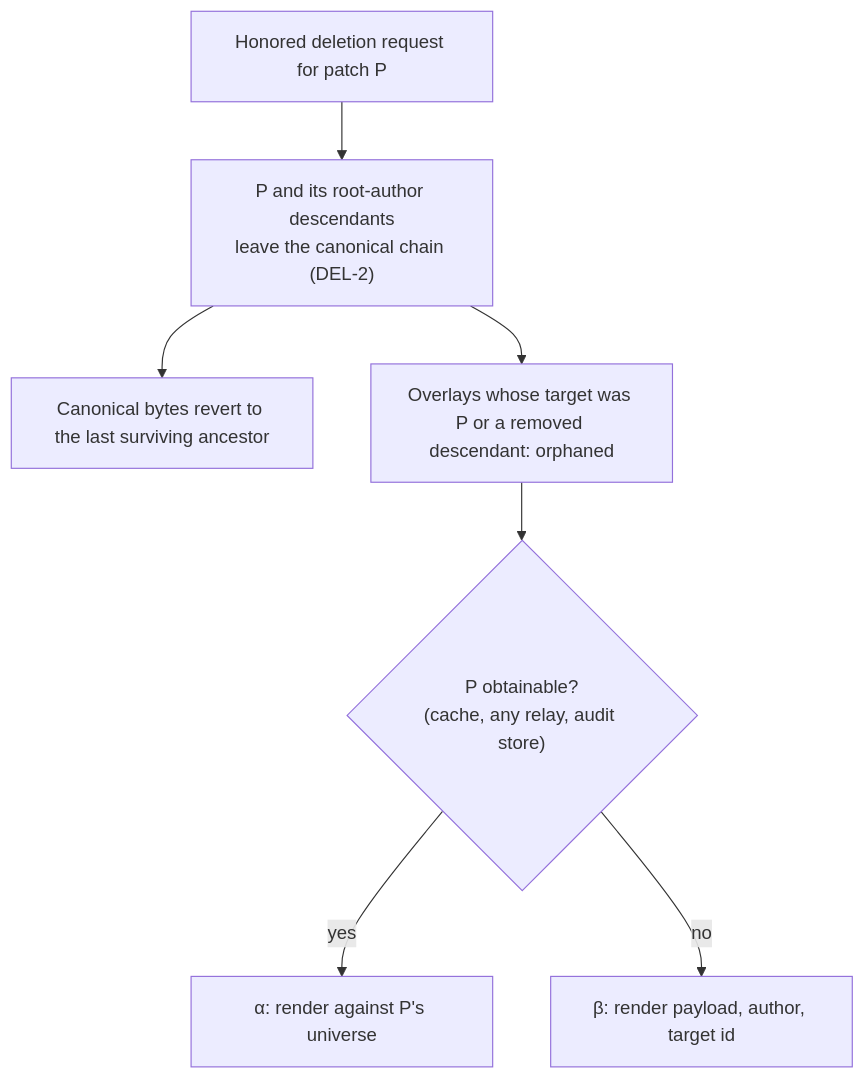
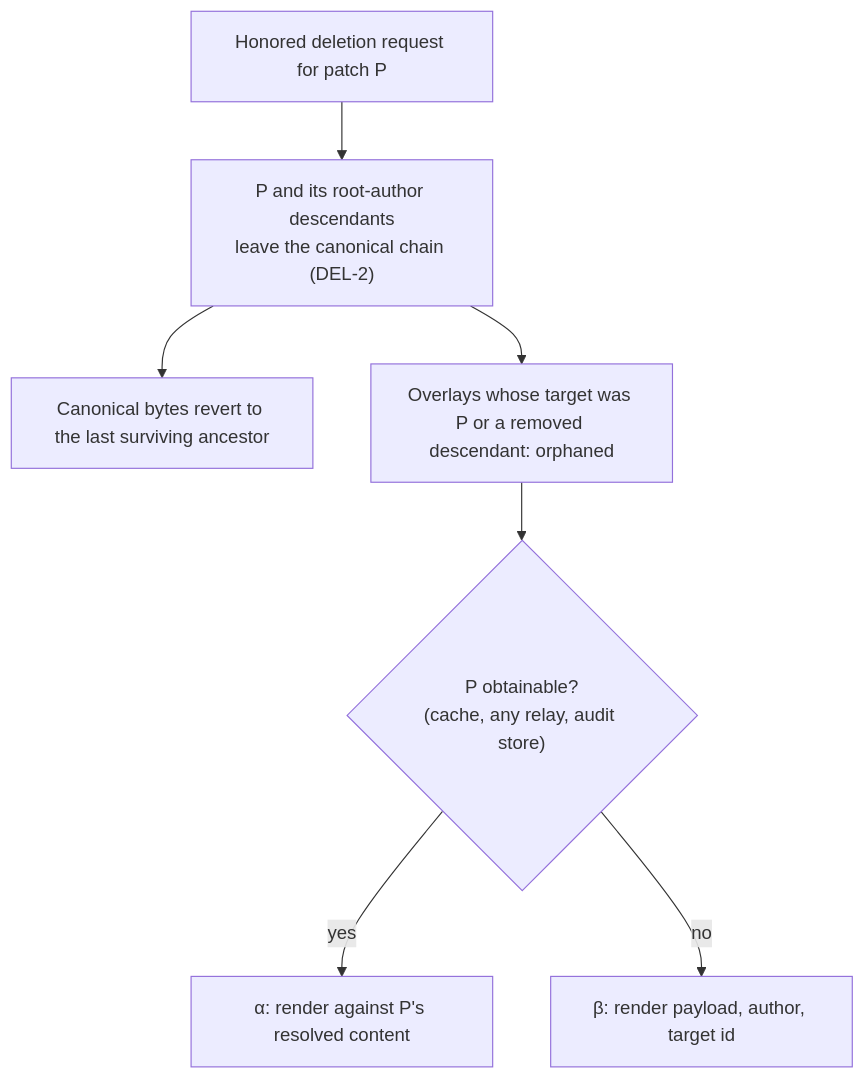
Before and after one commit to crocs-muni/scrutiny-fabric: the eighth of 9 diagrams in docs/protocol-spec.md, drawn with Mermaid. The commit also changed other lines of this file and 24 other files, not shown here.

````diff
--- a/docs/protocol-spec.md
+++ b/docs/protocol-spec.md
@@ -778,9 +767,9 @@
 ```mermaid
 flowchart TD
     DEL["Honored deletion request for patch P"] --> CAS["P and its root-author descendants<br/>leave the canonical chain (DEL-2)"]
     CAS --> BYTES["Canonical bytes revert to the last surviving ancestor"]
     CAS --> OVL["Overlays whose target was P or a removed descendant: orphaned"]
     OVL --> Q{"P obtainable?<br/>(cache, any relay, audit store)"}
-    Q -->|yes| ALPHA["α: render against P's universe"]
+    Q -->|yes| ALPHA["α: render against P's resolved content"]
     Q -->|no| BETA["β: render payload, author, target id"]
 ```
````
